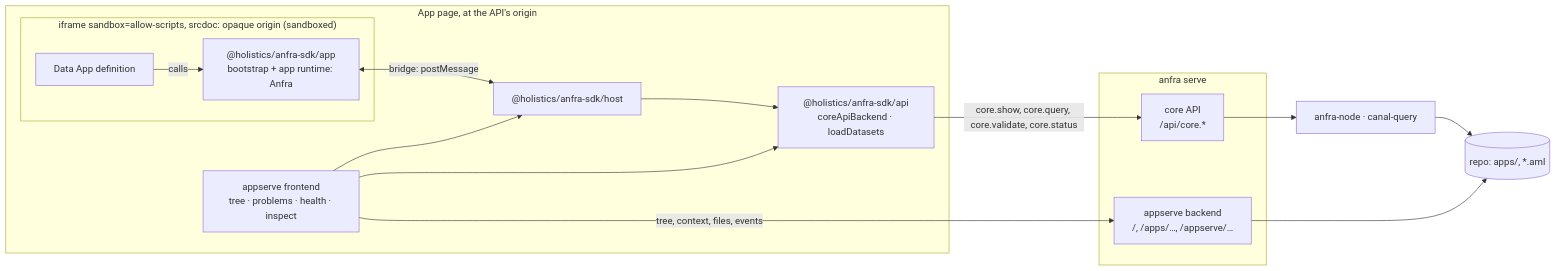
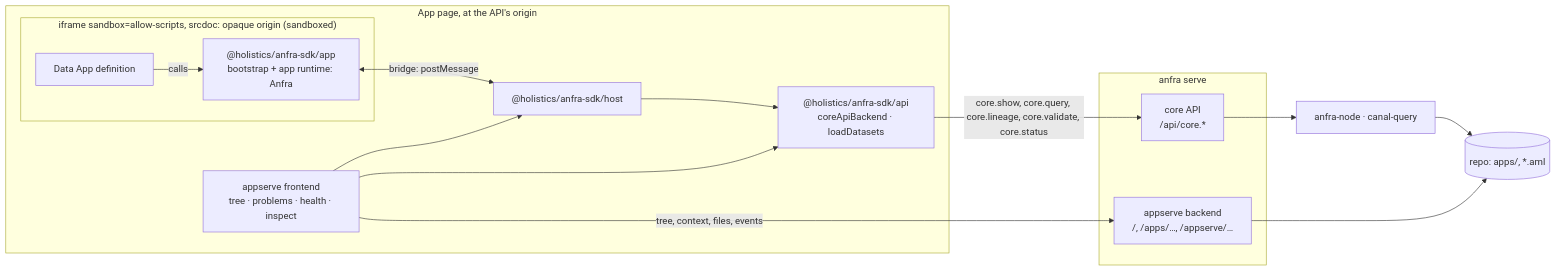
One commit to holistics/anfra changed the diagram in docs/designs/data-apps.md. Above: the diagram before and after it, drawn with Mermaid. The commit also changed other lines of this file and 27 other files, not shown here.

````diff
--- a/docs/designs/data-apps.md
+++ b/docs/designs/data-apps.md
@@ -31,29 +31,29 @@
 ```mermaid
 flowchart LR
   subgraph page["App page, at the API's origin"]
     fe["appserve frontend<br/>tree · problems · health · inspect"]
     host["@holistics/anfra-sdk/host"]
     api["@holistics/anfra-sdk/api<br/>coreApiBackend · loadDatasets"]
     subgraph frame["iframe sandbox=allow-scripts, srcdoc: opaque origin (sandboxed)"]
       app["@holistics/anfra-sdk/app<br/>bootstrap + app runtime: Anfra"]
       def["Data App definition"]
     end
   end
   subgraph serve["anfra serve"]
     appserve["appserve backend<br/>/, /apps/…, /appserve/…"]
     core["core API<br/>/api/core.*"]
   end
   sidecars["anfra-node · canal-query"]
   repo[("repo: apps/, *.aml")]
 
   def -->|"calls"| app
   app <-->|"bridge: postMessage"| host
   fe --> host
   host --> api
   fe --> api
-  api -->|"core.show, core.query, core.validate, core.status"| core
+  api -->|"core.show, core.query, core.lineage, core.validate, core.status"| core
   fe -->|"tree, context, files, events"| appserve
   core --> sidecars
   appserve --> repo
   sidecars --> repo
 ```
````
